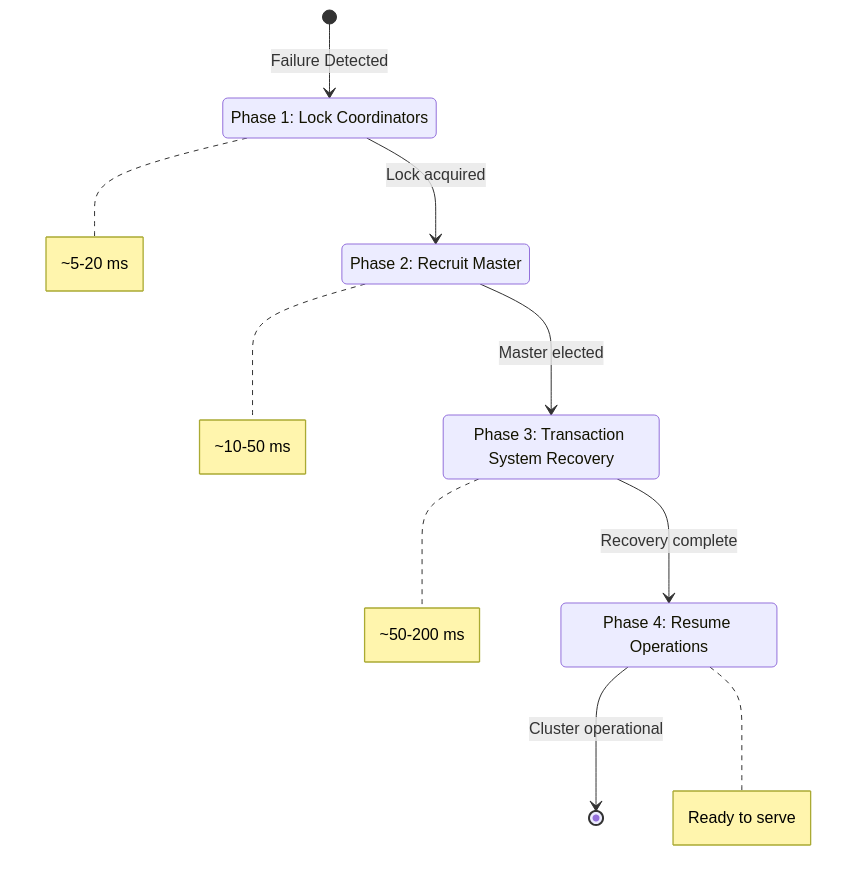
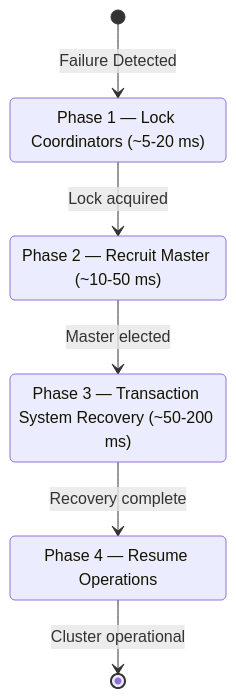
Before and after one commit to foundationdb-oss/doc-site: the second of 9 diagrams in docs/guides/recovery-internals.md, drawn with Mermaid.

Commit message:
docs: improve recovery phase diagram clarity with inline timing annotations
Replace separate note annotations with inline timing information in state labels for better readability. This makes the performance characteristics of each recovery phase immediately visible without requiring readers to cross-reference separate notes.

````diff
--- a/docs/guides/recovery-internals.md
+++ b/docs/guides/recovery-internals.md
@@ -62,19 +62,14 @@
 ```mermaid
 stateDiagram-v2
     [*] --> CoordinatorLock: Failure Detected
-    
-    CoordinatorLock: Phase 1: Lock Coordinators
-    MasterRecruit: Phase 2: Recruit Master
-    TransactionRecovery: Phase 3: Transaction System Recovery
-    AcceptCommits: Phase 4: Resume Operations
-    
+
+    CoordinatorLock: Phase 1 — Lock Coordinators (~5-20 ms)
+    MasterRecruit: Phase 2 — Recruit Master (~10-50 ms)
+    TransactionRecovery: Phase 3 — Transaction System Recovery (~50-200 ms)
+    AcceptCommits: Phase 4 — Resume Operations
+
     CoordinatorLock --> MasterRecruit: Lock acquired
     MasterRecruit --> TransactionRecovery: Master elected
     TransactionRecovery --> AcceptCommits: Recovery complete
     AcceptCommits --> [*]: Cluster operational
-    
-    note right of CoordinatorLock: ~5-20 ms
-    note right of MasterRecruit: ~10-50 ms
-    note right of TransactionRecovery: ~50-200 ms
-    note right of AcceptCommits: Ready to serve
 ```
````
